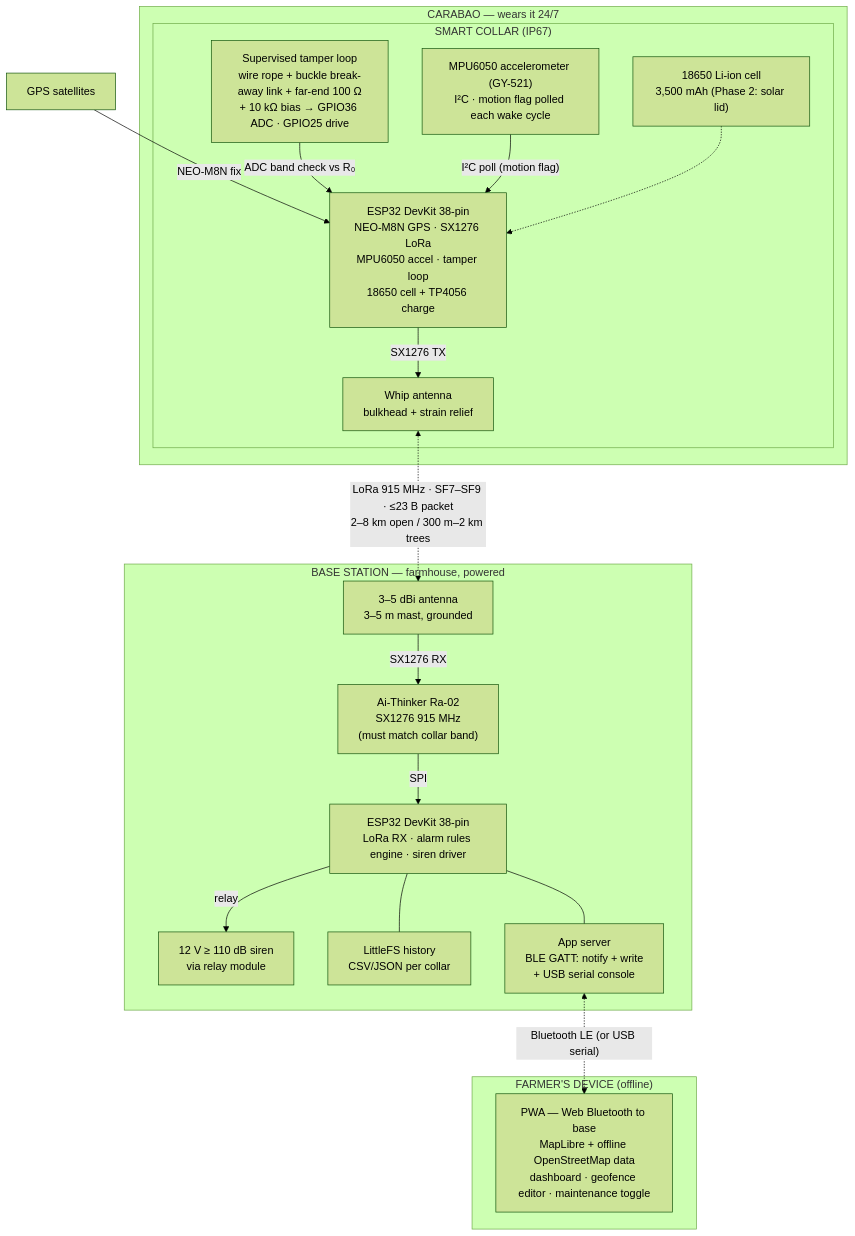
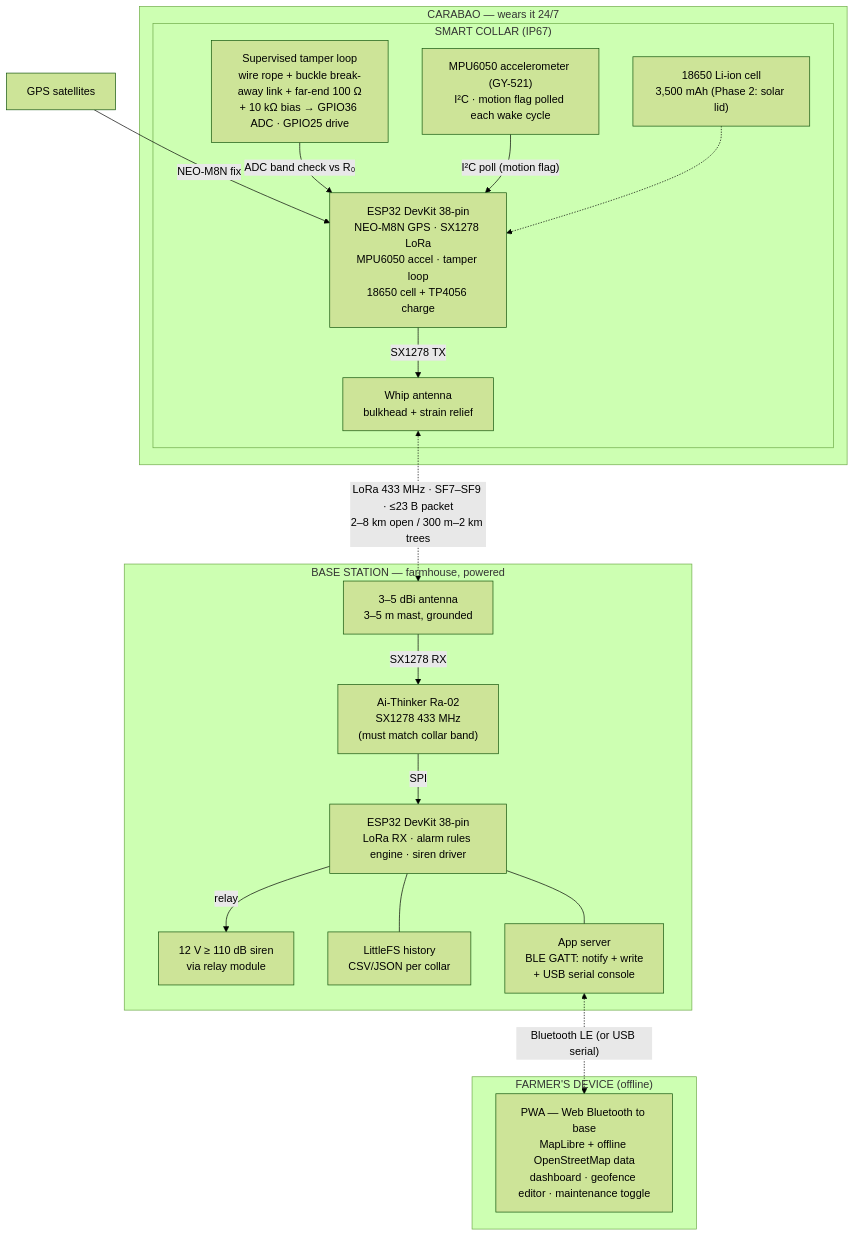
The first of 2 diagrams in docs/BLOCK-DIAGRAM.md (qppd/smart-collar), drawn with Mermaid (forest theme) before and after one commit. The commit also changed other lines of this file and 10 other files, not shown here.

First line of the commit message:
Swap LoRa to SX1278 433MHz Ra-02 and GPS to GY-NEO6MV2 with ceramic antenna

````diff
--- a/docs/BLOCK-DIAGRAM.md
+++ b/docs/BLOCK-DIAGRAM.md
@@ -9,40 +9,40 @@
 ```mermaid
 flowchart TB
     GPS["GPS satellites"]
 
     subgraph COW["CARABAO — wears it 24/7"]
         subgraph COLLAR["SMART COLLAR (IP67)"]
-            ESP32["ESP32 DevKit 38-pin\nNEO-M8N GPS · SX1276 LoRa\nMPU6050 accel · tamper loop\n18650 cell + TP4056 charge"]
+            ESP32["ESP32 DevKit 38-pin\nNEO-M8N GPS · SX1278 LoRa\nMPU6050 accel · tamper loop\n18650 cell + TP4056 charge"]
             LOOP["Supervised tamper loop<br/>wire rope + buckle break-away link + far-end 100 Ω<br/>+ 10 kΩ bias → GPIO36 ADC · GPIO25 drive"]
             ACCEL["MPU6050 accelerometer (GY-521)<br/>I²C · motion flag polled each wake cycle"]
             CELL["18650 Li-ion cell<br/>3,500 mAh (Phase 2: solar lid)"]
             WHIP["Whip antenna<br/>bulkhead + strain relief"]
         end
     end
 
     subgraph BASE["BASE STATION — farmhouse, powered"]
         DEVKIT["ESP32 DevKit 38-pin<br/>LoRa RX · alarm rules engine · siren driver"]
-        RA02["Ai-Thinker Ra-02<br/>SX1276 915 MHz<br/>(must match collar band)"]
+        RA02["Ai-Thinker Ra-02<br/>SX1278 433 MHz<br/>(must match collar band)"]
         MAST["3–5 dBi antenna<br/>3–5 m mast, grounded"]
         SIREN["12 V ≥ 110 dB siren<br/>via relay module"]
         STORE["LittleFS history<br/>CSV/JSON per collar"]
         APSRV["App server<br/>BLE GATT: notify + write<br/>+ USB serial console"]
     end
 
     subgraph FARM["FARMER'S DEVICE (offline)"]
         PWA["PWA — Web Bluetooth to base<br/>MapLibre + offline OpenStreetMap data<br/>dashboard · geofence editor · maintenance toggle"]
     end
 
     GPS -- "NEO-M8N fix" --> ESP32
     LOOP -- "ADC band check vs R₀" --> ESP32
     ACCEL -- "I²C poll (motion flag)" --> ESP32
     CELL -.-> ESP32
-    ESP32 -- "SX1276 TX" --> WHIP
-    WHIP <-. "LoRa 915 MHz · SF7–SF9 · ≤23 B packet<br/>2–8 km open / 300 m–2 km trees" .-> MAST
-    MAST -- "SX1276 RX" --> RA02
+    ESP32 -- "SX1278 TX" --> WHIP
+    WHIP <-. "LoRa 433 MHz · SF7–SF9 · ≤23 B packet<br/>2–8 km open / 300 m–2 km trees" .-> MAST
+    MAST -- "SX1278 RX" --> RA02
     RA02 -- "SPI" --> DEVKIT
     DEVKIT -- "relay" --> SIREN
     DEVKIT --- STORE
     DEVKIT --- APSRV
     APSRV <-. "Bluetooth LE (or USB serial)" .-> PWA
 ```
````
